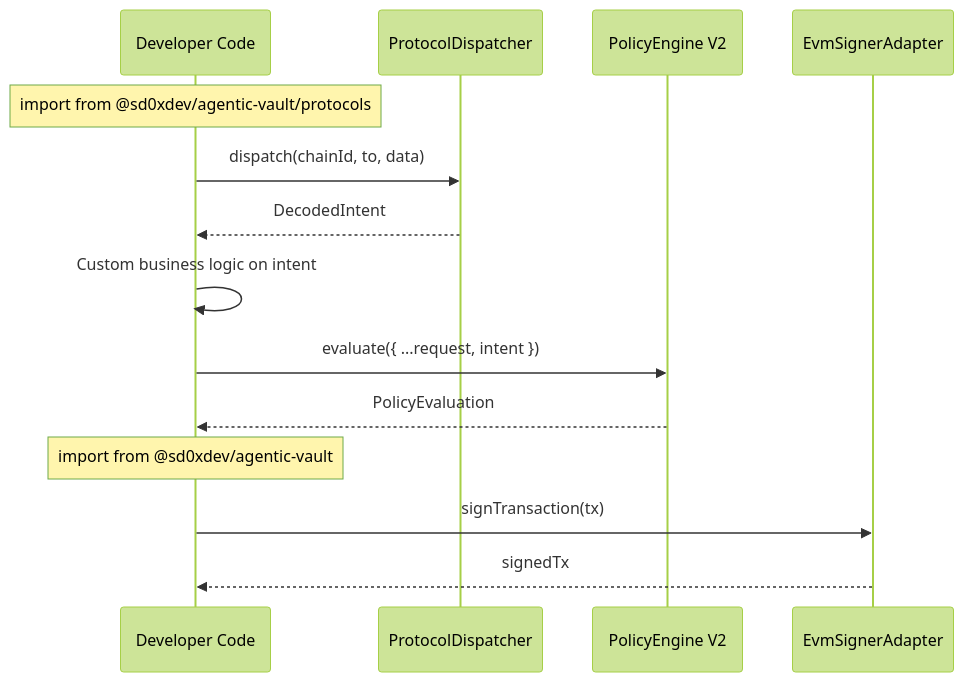
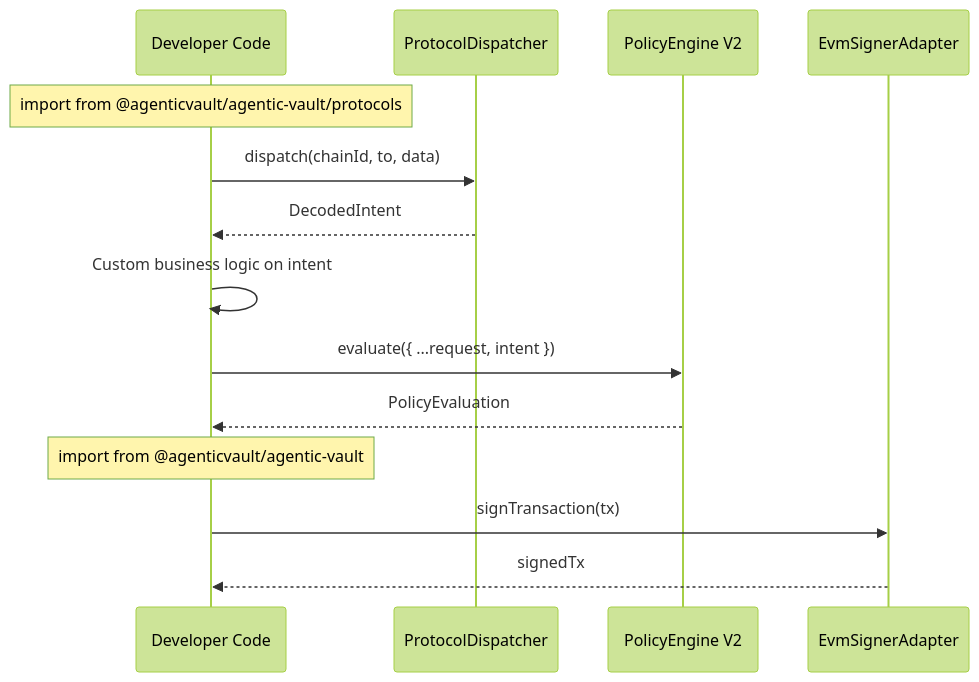
The third of 4 diagrams in docs/features/defi-protocol-integration/2-tech-spec.md (agenticvault/agentic-vault), drawn with Mermaid (forest theme) before and after one commit. The commit also changed other lines of this file and 94 other files, not shown here.

````diff
--- a/docs/features/defi-protocol-integration/2-tech-spec.md
+++ b/docs/features/defi-protocol-integration/2-tech-spec.md
@@ -977,19 +990,19 @@
 ```mermaid
 sequenceDiagram
     participant Dev as Developer Code
     participant Dispatcher as ProtocolDispatcher
     participant Policy as PolicyEngine V2
     participant Signer as EvmSignerAdapter
 
-    Note over Dev: import from @sd0xdev/agentic-vault/protocols
+    Note over Dev: import from @agenticvault/agentic-vault/protocols
     Dev->>Dispatcher: dispatch(chainId, to, data)
     Dispatcher-->>Dev: DecodedIntent
     Dev->>Dev: Custom business logic on intent
 
     Dev->>Policy: evaluate({ ...request, intent })
     Policy-->>Dev: PolicyEvaluation
 
-    Note over Dev: import from @sd0xdev/agentic-vault
+    Note over Dev: import from @agenticvault/agentic-vault
     Dev->>Signer: signTransaction(tx)
     Signer-->>Dev: signedTx
 ```
````
